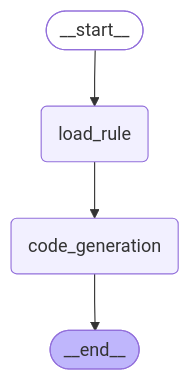
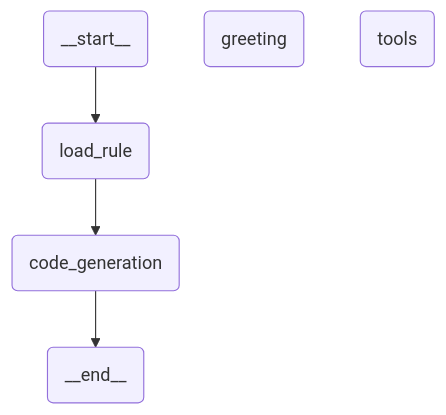
Before and after one commit to Titus-System/synapse: the diagram in codegen/docs/graph.md, drawn with Mermaid. The commit also changed 13 other files, not shown here.

````diff
--- a/codegen/docs/graph.md
+++ b/codegen/docs/graph.md
@@ -5,18 +5,20 @@
 ```mermaid
 ---
 config:
   flowchart:
     curve: linear
 ---
 graph TD;
-	__start__([<p>__start__</p>]):::first
+	__start__(<p>__start__</p>)
+	greeting(greeting)
 	load_rule(load_rule)
 	code_generation(code_generation)
-	__end__([<p>__end__</p>]):::last
+	tools(tools)
+	__end__(<p>__end__</p>)
 	__start__ --> load_rule;
 	load_rule --> code_generation;
 	code_generation --> __end__;
 	classDef default fill:#f2f0ff,line-height:1.2
 	classDef first fill-opacity:0
 	classDef last fill:#bfb6fc
 ```
````
